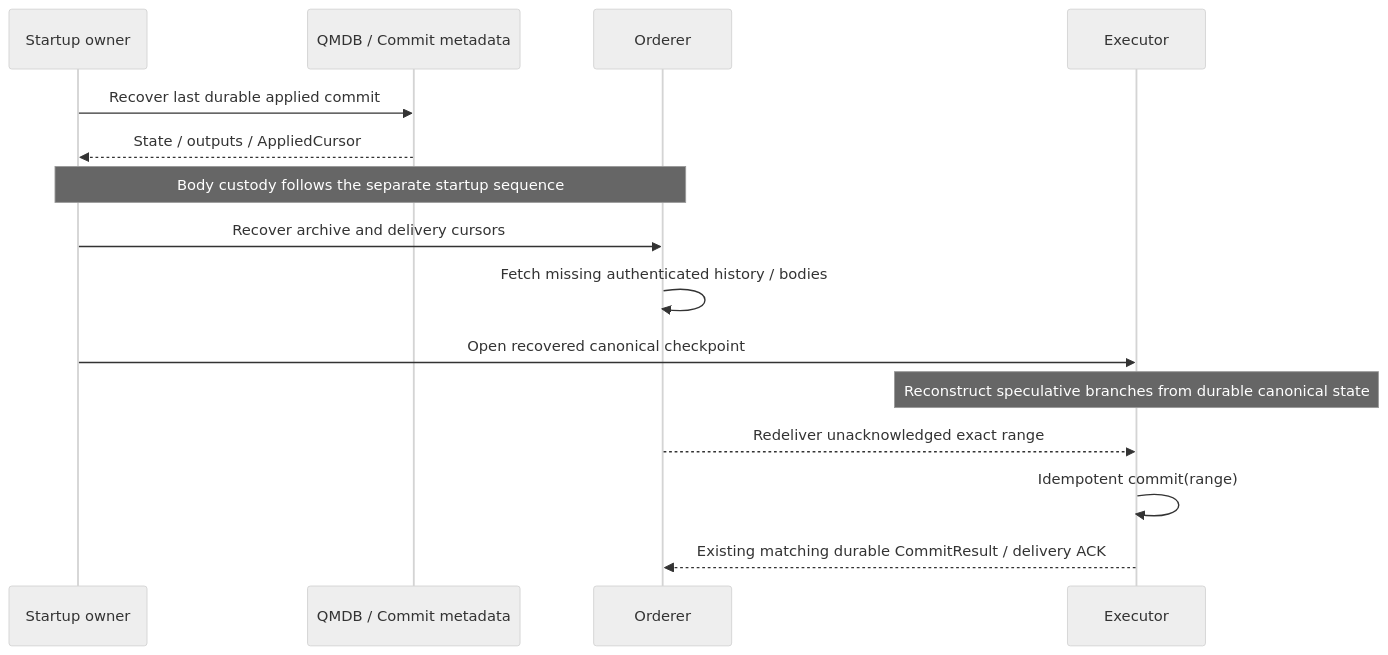
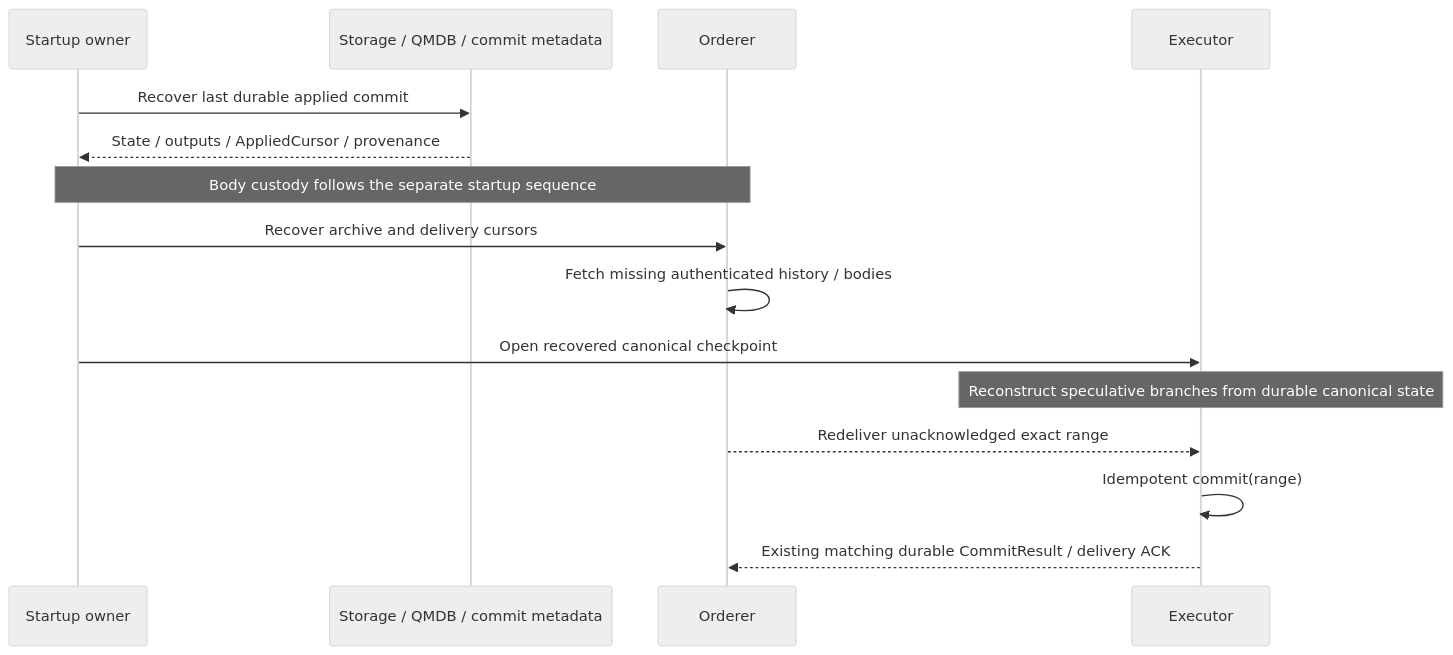
Before and after one commit to djm07073/baton-research: the second of 2 diagrams in docs/e2e/recovery.md, drawn with Mermaid (neutral theme). The commit also changed other lines of this file and 405 other files, not shown here.

````diff
--- a/docs/e2e/recovery.md
+++ b/docs/e2e/recovery.md
@@ -56,17 +56,17 @@
 ```mermaid
 sequenceDiagram
     participant S as Startup owner
-    participant Q as QMDB / Commit metadata
+    participant Q as Storage / QMDB / commit metadata
     participant M as Orderer
     participant E as Executor
     S->>Q: Recover last durable applied commit
-    Q-->>S: State / outputs / AppliedCursor
+    Q-->>S: State / outputs / AppliedCursor / provenance
     Note over S,M: Body custody follows the separate startup sequence
     S->>M: Recover archive and delivery cursors
     M->>M: Fetch missing authenticated history / bodies
     S->>E: Open recovered canonical checkpoint
     Note over E: Reconstruct speculative branches from durable canonical state
     M-->>E: Redeliver unacknowledged exact range
     E->>E: Idempotent commit(range)
     E-->>M: Existing matching durable CommitResult / delivery ACK
 ```
````
